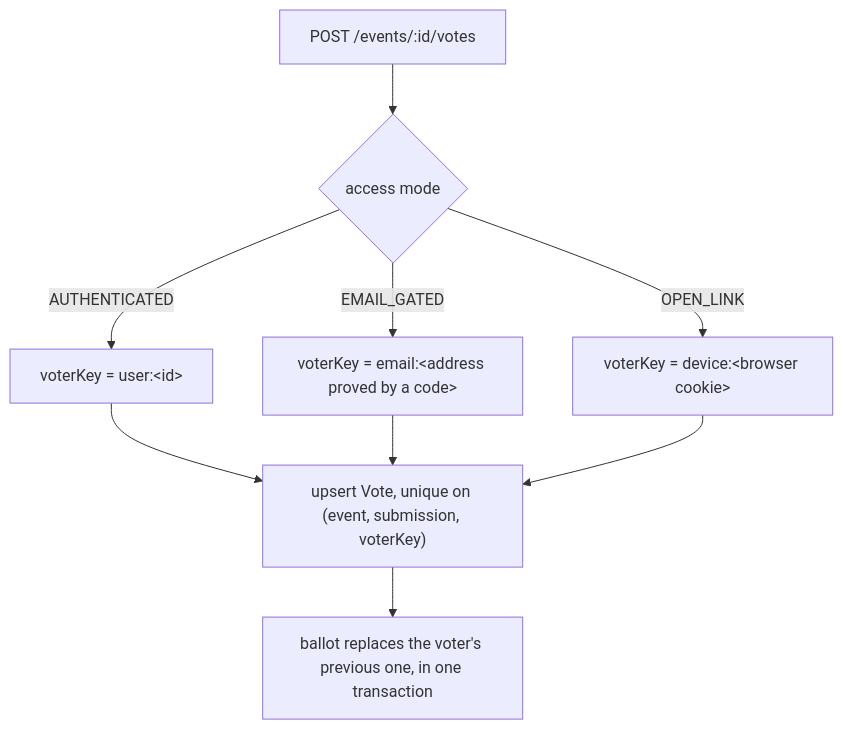
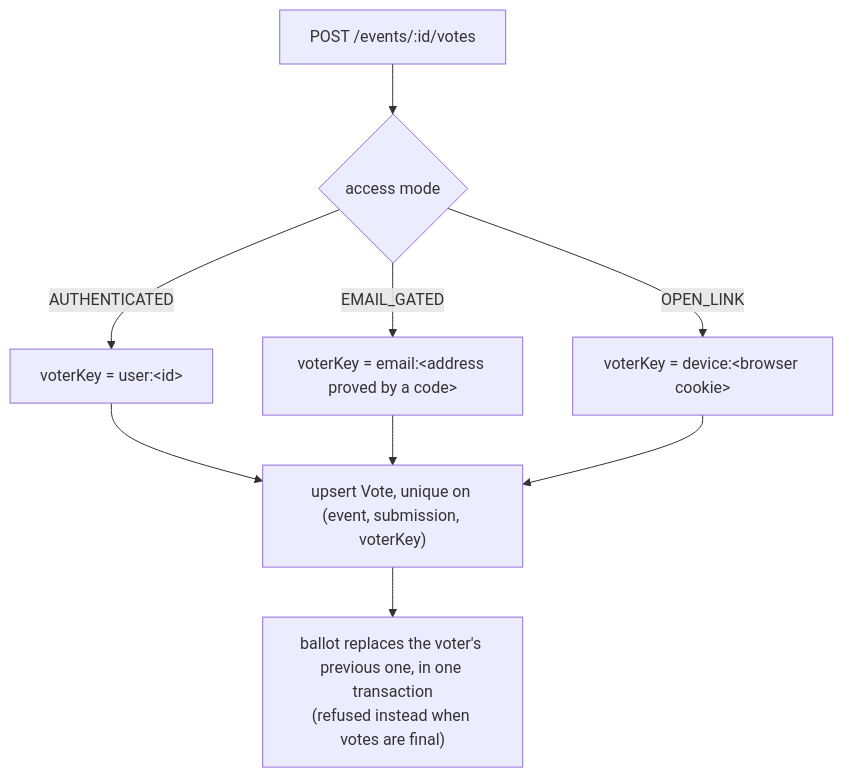
One commit to ikeshavvarshney/podium changed the fourth of 4 diagrams in JUDGING.md. Above: the diagram before and after it, drawn with Mermaid. The commit also changed other lines of this file and 7 other files, not shown here.

Commit message:
docs: describe one-person-one-vote polls and final votes

````diff
--- a/JUDGING.md
+++ b/JUDGING.md
@@ -405,11 +410,12 @@
 ```mermaid
 flowchart TD
     V["POST /events/:id/votes"] --> M{"access mode"}
     M -- "AUTHENTICATED" --> K1["voterKey = user:&lt;id&gt;"]
     M -- "EMAIL_GATED" --> K2["voterKey = email:&lt;address proved by a code&gt;"]
     M -- "OPEN_LINK" --> K3["voterKey = device:&lt;browser cookie&gt;"]
     K1 --> U["upsert Vote, unique on (event, submission, voterKey)"]
     K2 --> U
     K3 --> U
-    U --> T["ballot replaces the voter's previous one, in one transaction"]
+    U --> T["ballot replaces the voter's previous one, in one transaction
+(refused instead when votes are final)"]
 ```
````
